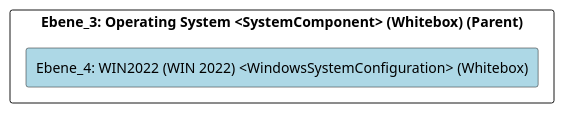
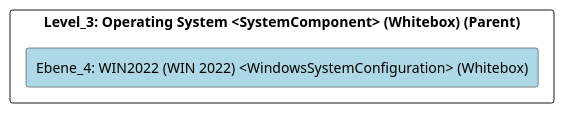
Before and after one commit to marcozwyssig/cleon: the diagram in src/cleon.architecturemethods.arc42.sample/doc/cleon_architecturemethods_arc42_sample_system/adoc/de/05_bausteinsicht/ikt/infrastruture/operating_system/win2022/ebene_4_win2022.adoc, drawn with PlantUML. The commit also changed other lines of this file and 169 other files, not shown here.

```diff
--- a/src/cleon.architecturemethods.arc42.sample/doc/cleon_architecturemethods_arc42_sample_system/adoc/de/05_bausteinsicht/ikt/infrastruture/operating_system/win2022/ebene_4_win2022.adoc
+++ b/src/cleon.architecturemethods.arc42.sample/doc/cleon_architecturemethods_arc42_sample_system/adoc/de/05_bausteinsicht/ikt/infrastruture/operating_system/win2022/ebene_4_win2022.adoc
@@ -20,24 +20,24 @@
 [plantuml, Ebene_4: WIN2022 (WIN 2022) <WindowsSystemConfiguration> (Whitebox)BlockOverview, format="svg"]
 ----
 @startuml Ebene_4: WIN2022 (WIN 2022) <WindowsSystemConfiguration> (Whitebox)BuildingBlockOverview
 
 skinparam ranksep 10
 skinparam componentStyle rectangle
 skinparam shadowing false
 skinparam arrowColor lightblue
 skinparam arrowThickness 1.2
 skinparam rectangle {
   BackgroundColor White
   BorderColor #333
   RoundCorner 10
 }
 top to bottom direction
 
-component "Ebene_3: Operating System <SystemComponent> (Whitebox) (Parent)" {
+component "Level_3: Operating System <SystemComponent> (Whitebox) (Parent)" {
     component "Ebene_4: WIN2022 (WIN 2022) <WindowsSystemConfiguration> (Whitebox)" #lightblue {
     }
 
 }
 
 @enduml
 ----
```
